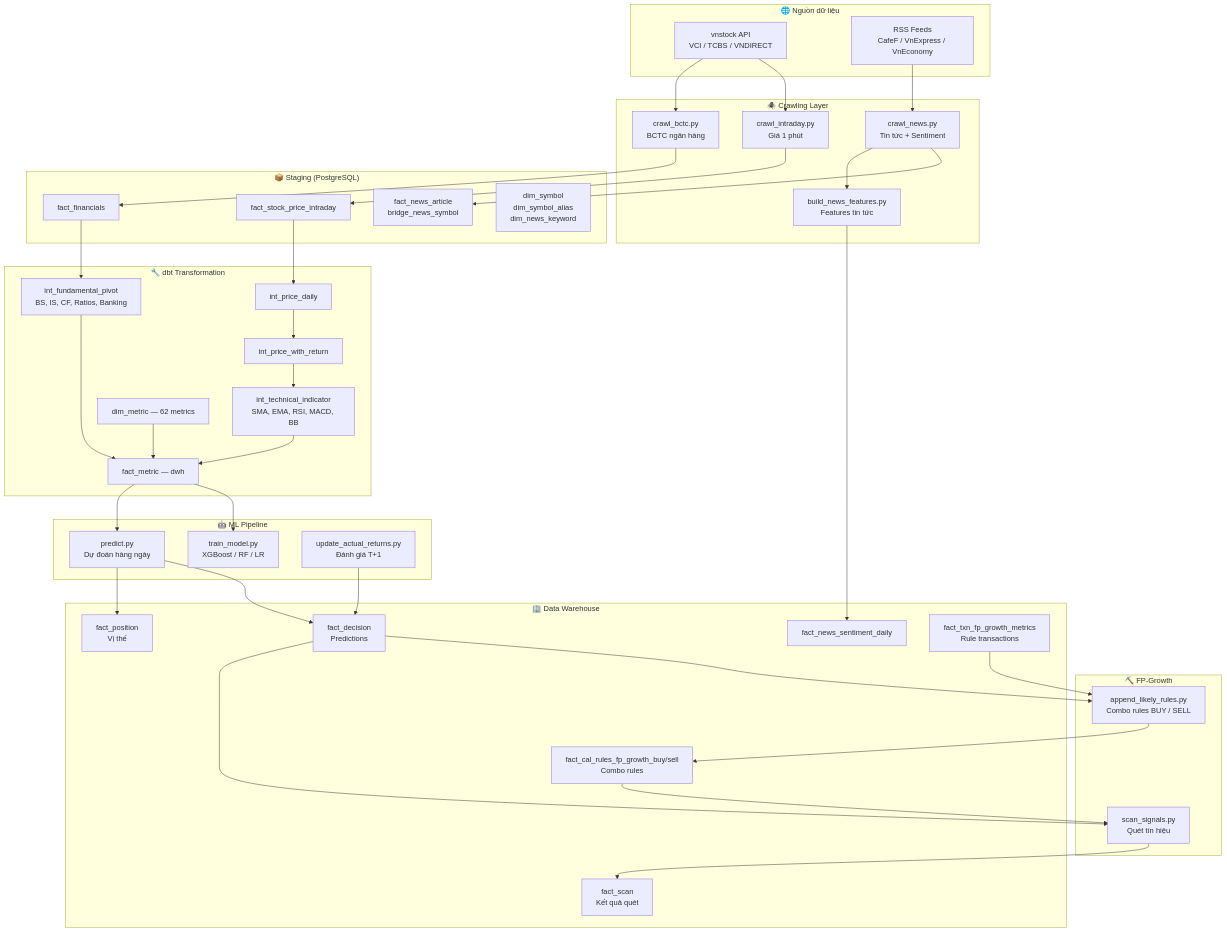
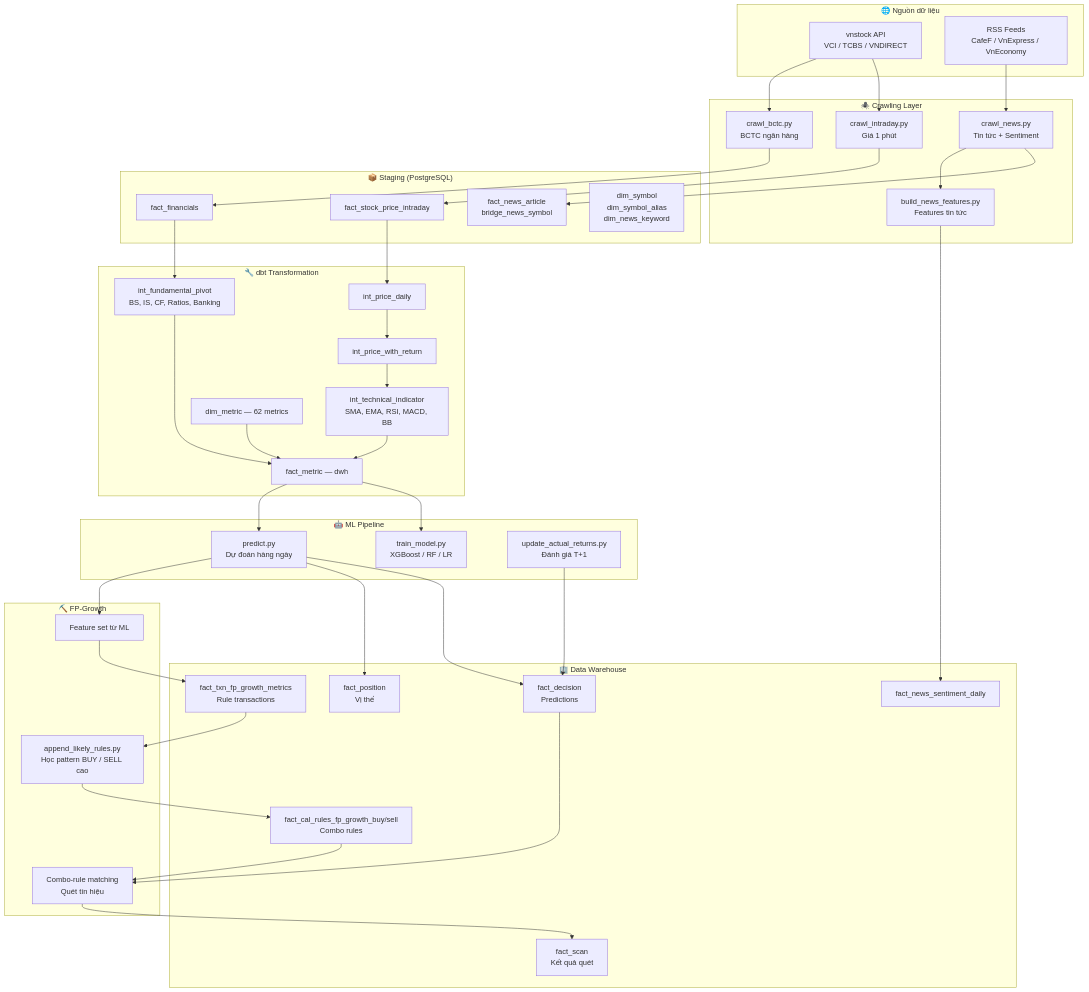
The first of 5 diagrams in PROJECT_DOCUMENTATION.md (Hoai-Viet/Stock_Prediction), drawn with Mermaid before and after one commit. The commit also changed other lines of this file and 1 other file, not shown here.

Commit message:
docs: correct FP-Growth learning flow

````diff
--- a/PROJECT_DOCUMENTATION.md
+++ b/PROJECT_DOCUMENTATION.md
@@ -20,73 +20,75 @@
 ```mermaid
 flowchart TD
     subgraph DATA_SOURCES["🌐 Nguồn dữ liệu"]
         A1[vnstock API<br/>VCI / TCBS / VNDIRECT]
         A2[RSS Feeds<br/>CafeF / VnExpress / VnEconomy]
     end
 
     subgraph CRAWLING["🕷️ Crawling Layer"]
         B1[crawl_intraday.py<br/>Giá 1 phút]
         B2[crawl_bctc.py<br/>BCTC ngân hàng]
         B3[crawl_news.py<br/>Tin tức + Sentiment]
         B4[build_news_features.py<br/>Features tin tức]
     end
 
     subgraph STAGING["📦 Staging (PostgreSQL)"]
         C1[fact_stock_price_intraday]
         C2[fact_financials]
         C3[fact_news_article<br/>bridge_news_symbol]
         C4[dim_symbol<br/>dim_symbol_alias<br/>dim_news_keyword]
     end
 
     subgraph DBT["🔧 dbt Transformation"]
         D1[int_price_daily]
         D2[int_price_with_return]
         D3[int_technical_indicator<br/>SMA, EMA, RSI, MACD, BB]
         D4[int_fundamental_pivot<br/>BS, IS, CF, Ratios, Banking]
         D5[dim_metric — 62 metrics]
         D6[fact_metric — dwh]
     end
 
     subgraph ML["🤖 ML Pipeline"]
         E1[train_model.py<br/>XGBoost / RF / LR]
         E2[predict.py<br/>Dự đoán hàng ngày]
         E3[update_actual_returns.py<br/>Đánh giá T+1]
     end
 
     subgraph FP_GROWTH["⛏️ FP-Growth"]
-        F1[append_likely_rules.py<br/>Combo rules BUY / SELL]
-        F2[scan_signals.py<br/>Quét tín hiệu]
+        F0[Feature set từ ML]
+        F1[append_likely_rules.py<br/>Học pattern BUY / SELL cao]
+        F2[Combo-rule matching<br/>Quét tín hiệu]
     end
 
     subgraph DWH["🏢 Data Warehouse"]
         G1[fact_decision<br/>Predictions]
         G2[fact_position<br/>Vị thế]
         G3[fact_cal_rules_fp_growth_buy/sell<br/>Combo rules]
         G4[fact_scan<br/>Kết quả quét]
         G5[fact_news_sentiment_daily]
         G6[fact_txn_fp_growth_metrics<br/>Rule transactions]
     end
 
     A1 --> B1 & B2
     A2 --> B3
     B1 --> C1
     B2 --> C2
     B3 --> C3
     B3 --> B4
     B4 --> G5
 
     C1 --> D1 --> D2 --> D3
     C2 --> D4
     D3 & D4 --> D6
     D5 --> D6
 
     D6 --> E1 & E2
     E2 --> G1 & G2
     E3 --> G1
-    G1 --> F1
+    E2 --> F0
+    F0 --> G6
     G6 --> F1
     F1 --> G3
     G3 --> F2
     F2 --> G4
     G1 --> F2
 ```
````
